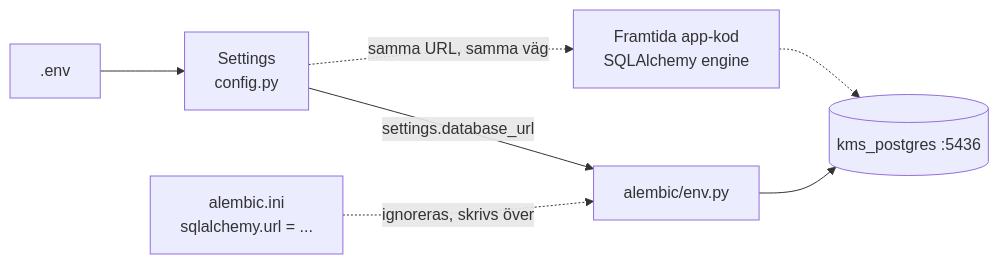
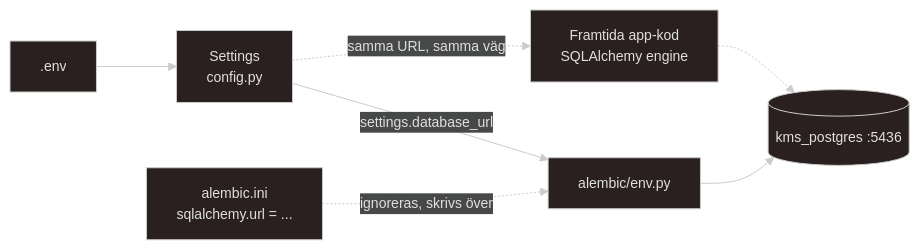
Before and after one commit to JohnnyHyytiainen/project3-kms: the diagram in docs/file_docs/mvp_v1_docs/config_alembic_docs_mvp_v1.md, drawn with Mermaid. The commit also changed 4 other files, not shown here.

Commit message:
chore(theme+color): updated flowchart+diagram theme + color in docs

````diff
--- a/docs/file_docs/mvp_v1_docs/config_alembic_docs_mvp_v1.md
+++ b/docs/file_docs/mvp_v1_docs/config_alembic_docs_mvp_v1.md
@@ -7,9 +7,13 @@
 ```mermaid
+---
+config:
+  theme: neo-dark
+---
 graph LR
     ENV[".env"] --> SET["Settings<br/>config.py"]
     SET -->|settings.database_url| ENVPY["alembic/env.py"]
     SET -.->|samma URL, samma väg| APP["Framtida app-kod<br/>SQLAlchemy engine"]
     ENVPY --> DB[("kms_postgres :5436")]
     APP -.-> DB
     INI["alembic.ini<br/>sqlalchemy.url = ..."] -.->|ignoreras, skrivs över| ENVPY
 ```
````
